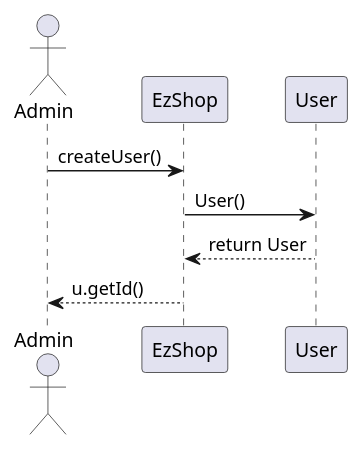
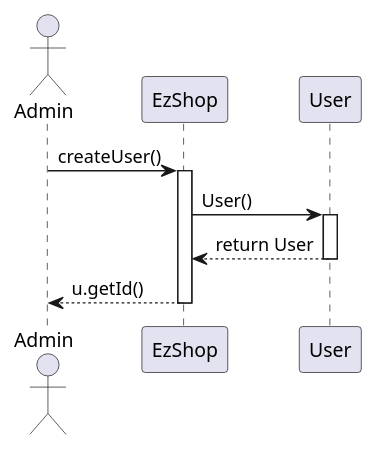
The eighth of 30 diagrams in Deliverables/DesignDocument.md (paocela/EzShop), drawn with PlantUML before and after one commit. The commit also changed other lines of this file, not shown here.

Commit message:
activate/deactivate added to sequence diagrams, typos fixed

````diff
--- a/Deliverables/DesignDocument.md
+++ b/Deliverables/DesignDocument.md
@@ -372,8 +383,12 @@
 ```plantuml
 actor Admin
 Admin -> EzShop : createUser()
+activate EzShop
 EzShop -> User : User()
+activate User
 EzShop <-- User : return User
+deactivate User
 Admin <-- EzShop : u.getId()
+deactivate EzShop
 
 ```
````
